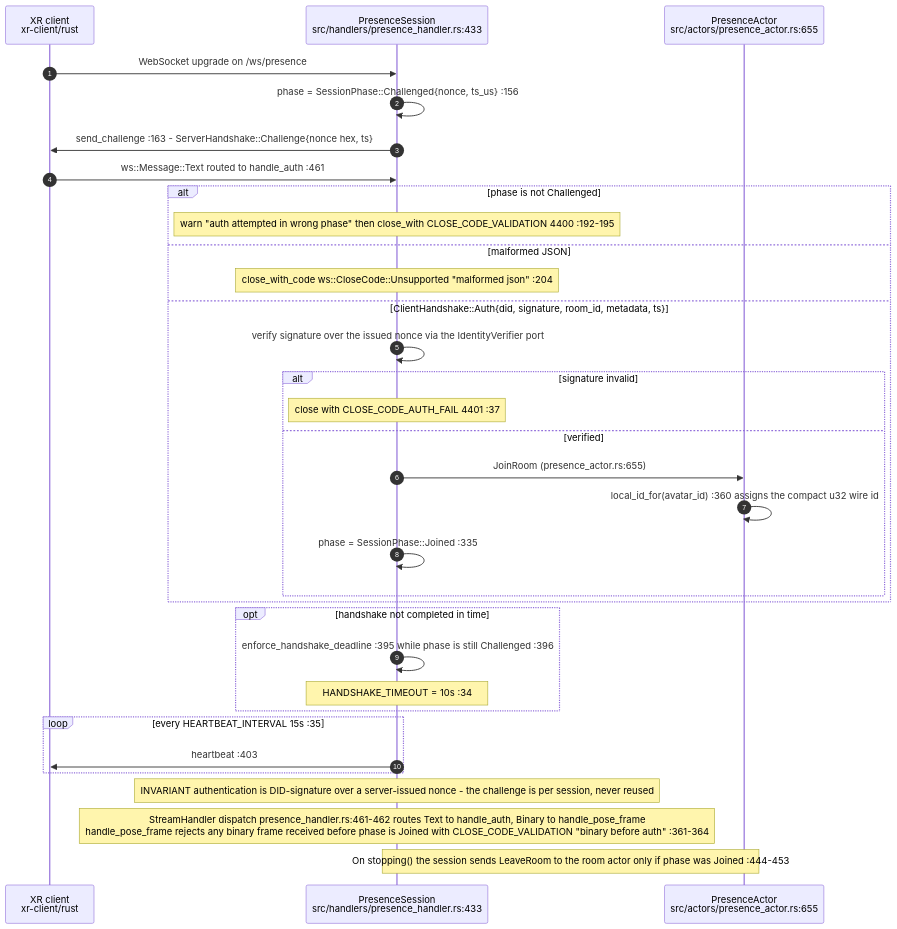
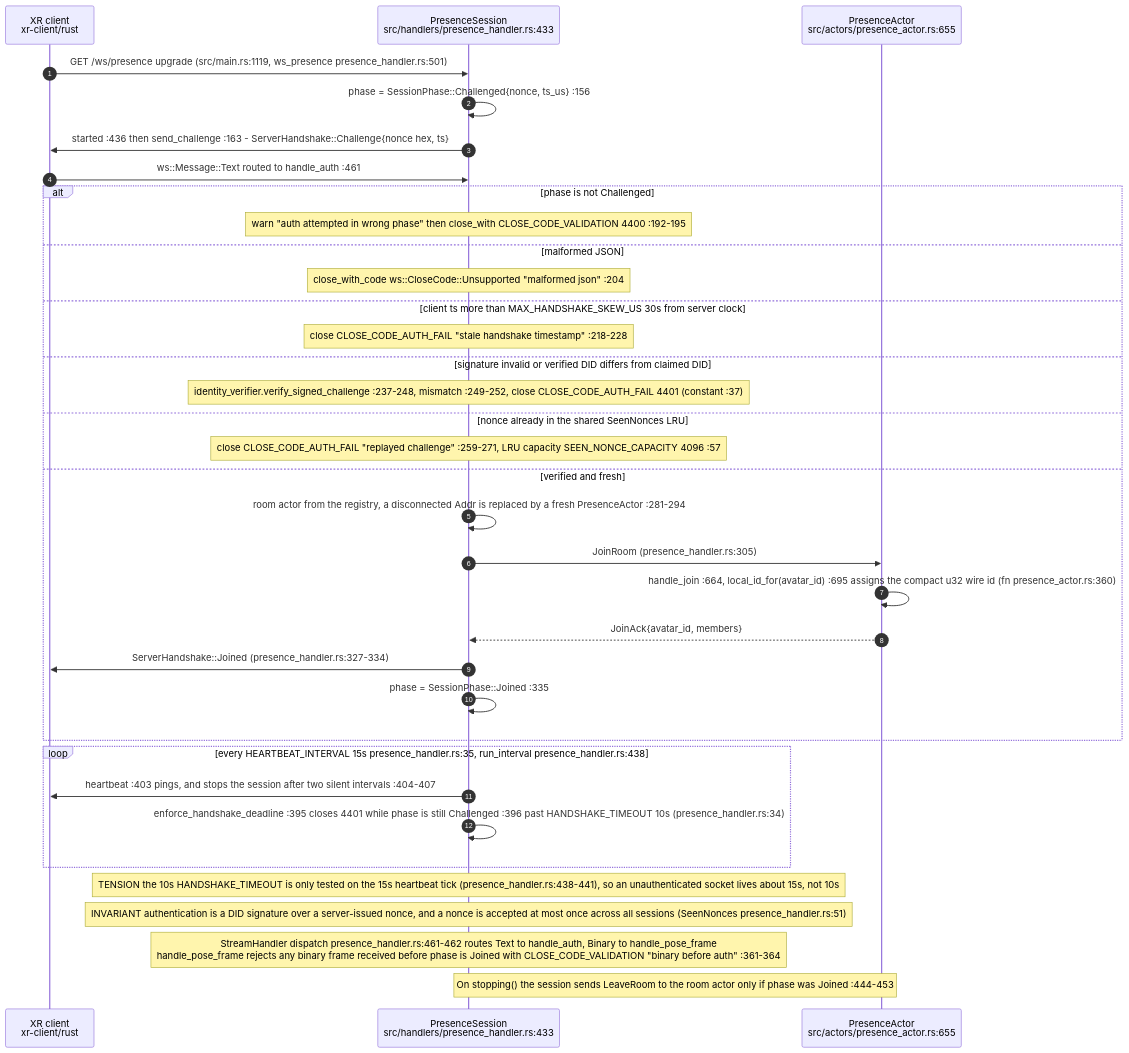
Before and after one commit to DreamLab-AI/VisionFlow: the first of 4 diagrams in docs/diagrams/visionclaw/17-xr-presence-crate.md, drawn with Mermaid. The commit also changed other lines of this file and 173 other files, not shown here.

````diff
--- a/docs/diagrams/visionclaw/17-xr-presence-crate.md
+++ b/docs/diagrams/visionclaw/17-xr-presence-crate.md
@@ -21,36 +22,38 @@
 ```mermaid
 sequenceDiagram
     autonumber
     participant C as XR client<br/>xr-client/rust
     participant PS as PresenceSession<br/>src/handlers/presence_handler.rs:433
     participant PA as PresenceActor<br/>src/actors/presence_actor.rs:655
 
-    C->>PS: WebSocket upgrade on /ws/presence
+    C->>PS: GET /ws/presence upgrade (src/main.rs:1119, ws_presence presence_handler.rs:501)
     PS->>PS: phase = SessionPhase::Challenged{nonce, ts_us} :156
-    PS->>C: send_challenge :163 - ServerHandshake::Challenge{nonce hex, ts}
+    PS->>C: started :436 then send_challenge :163 - ServerHandshake::Challenge{nonce hex, ts}
     C->>PS: ws::Message::Text routed to handle_auth :461
     alt phase is not Challenged
         Note over PS: warn "auth attempted in wrong phase" then close_with CLOSE_CODE_VALIDATION 4400 :192-195
     else malformed JSON
         Note over PS: close_with_code ws::CloseCode::Unsupported "malformed json" :204
-    else ClientHandshake::Auth{did, signature, room_id, metadata, ts}
-        PS->>PS: verify signature over the issued nonce via the IdentityVerifier port
-        alt signature invalid
-            Note over PS: close with CLOSE_CODE_AUTH_FAIL 4401 :37
-        else verified
-            PS->>PA: JoinRoom (presence_actor.rs:655)
-            PA->>PA: local_id_for(avatar_id) :360 assigns the compact u32 wire id
-            PS->>PS: phase = SessionPhase::Joined :335
-        end
+    else client ts more than MAX_HANDSHAKE_SKEW_US 30s from server clock
+        Note over PS: close CLOSE_CODE_AUTH_FAIL "stale handshake timestamp" :218-228
+    else signature invalid or verified DID differs from claimed DID
+        Note over PS: identity_verifier.verify_signed_challenge :237-248, mismatch :249-252, close CLOSE_CODE_AUTH_FAIL 4401 (constant :37)
+    else nonce already in the shared SeenNonces LRU
+        Note over PS: close CLOSE_CODE_AUTH_FAIL "replayed challenge" :259-271, LRU capacity SEEN_NONCE_CAPACITY 4096 :57
+    else verified and fresh
+        PS->>PS: room actor from the registry, a disconnected Addr is replaced by a fresh PresenceActor :281-294
+        PS->>PA: JoinRoom (presence_handler.rs:305)
+        PA->>PA: handle_join :664, local_id_for(avatar_id) :695 assigns the compact u32 wire id (fn presence_actor.rs:360)
+        PA-->>PS: JoinAck{avatar_id, members}
+        PS->>C: ServerHandshake::Joined (presence_handler.rs:327-334)
+        PS->>PS: phase = SessionPhase::Joined :335
     end
-    opt handshake not completed in time
-        PS->>PS: enforce_handshake_deadline :395 while phase is still Challenged :396
-        Note over PS: HANDSHAKE_TIMEOUT = 10s :34
+    loop every HEARTBEAT_INTERVAL 15s presence_handler.rs:35, run_interval presence_handler.rs:438
+        PS->>C: heartbeat :403 pings, and stops the session after two silent intervals :404-407
+        PS->>PS: enforce_handshake_deadline :395 closes 4401 while phase is still Challenged :396 past HANDSHAKE_TIMEOUT 10s (presence_handler.rs:34)
     end
-    loop every HEARTBEAT_INTERVAL 15s :35
-        PS->>C: heartbeat :403
-    end
-    Note over PS: INVARIANT authentication is DID-signature over a server-issued nonce - the challenge is per session, never reused
+    Note over PS: TENSION the 10s HANDSHAKE_TIMEOUT is only tested on the 15s heartbeat tick (presence_handler.rs:438-441), so an unauthenticated socket lives about 15s, not 10s
+    Note over PS: INVARIANT authentication is a DID signature over a server-issued nonce, and a nonce is accepted at most once across all sessions (SeenNonces presence_handler.rs:51)
     Note over PS: StreamHandler dispatch presence_handler.rs:461-462 routes Text to handle_auth, Binary to handle_pose_frame<br/>handle_pose_frame rejects any binary frame received before phase is Joined with CLOSE_CODE_VALIDATION "binary before auth" :361-364
     Note over PS,PA: On stopping() the session sends LeaveRoom to the room actor only if phase was Joined :444-453
 ```
````
